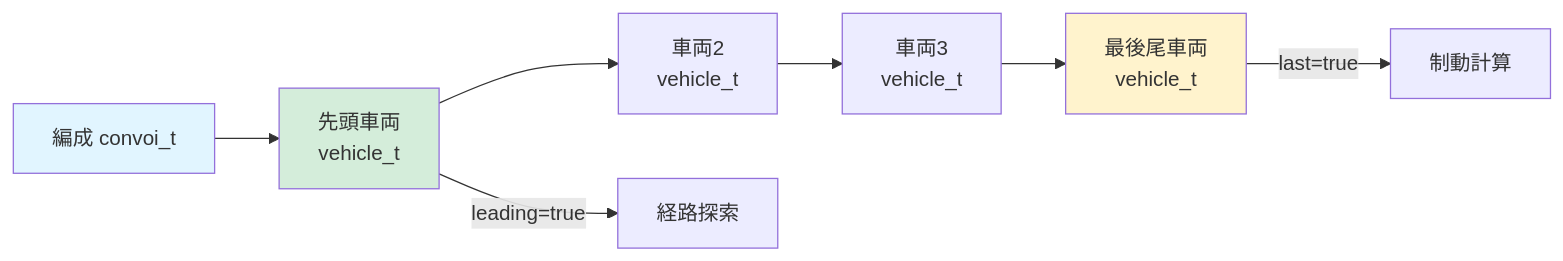
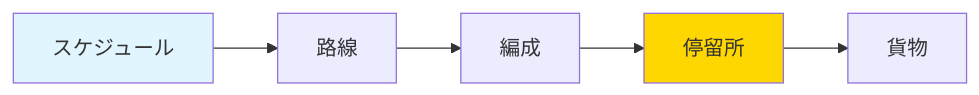
One commit to 128na/simutrans changed the first of 4 diagrams in docs_ja/architecture/FEATURES.md. Above: the diagram before and after it, drawn with Mermaid. The commit also changed other lines of this file and 4 other files, not shown here.

````diff
--- a/docs_ja/architecture/FEATURES.md
+++ b/docs_ja/architecture/FEATURES.md
@@ -281,20 +20,10 @@
 ```mermaid
 graph LR
-    Convoy[編成 convoi_t]
-    V1[先頭車両<br/>vehicle_t]
-    V2[車両2<br/>vehicle_t]
-    V3[車両3<br/>vehicle_t]
-    Vn[最後尾車両<br/>vehicle_t]
+    Schedule[スケジュール] --> Line[路線]
+    Line --> Convoy[編成]
+    Convoy --> Halt[停留所]
+    Halt --> Ware[貨物]
 
-    Convoy --> V1
-    V1 --> V2
-    V2 --> V3
-    V3 --> Vn
-
-    V1 -->|leading=true| Route[経路探索]
-    Vn -->|last=true| BrakeCalc[制動計算]
-
-    style Convoy fill:#e1f5ff
-    style V1 fill:#d4edda
-    style Vn fill:#fff3cd
+    style Schedule fill:#e1f5ff
+    style Halt fill:#FFD700
 ```
````
